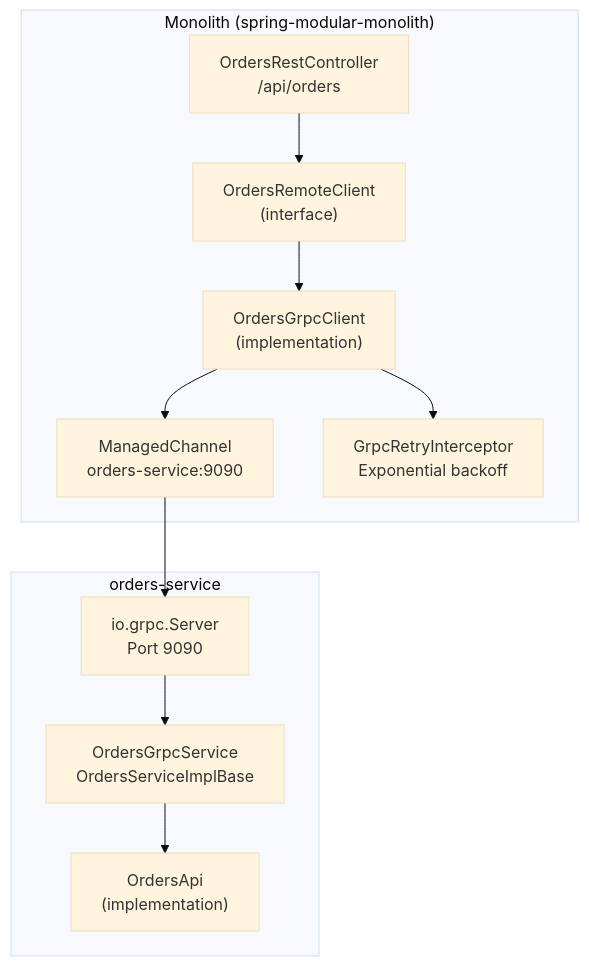
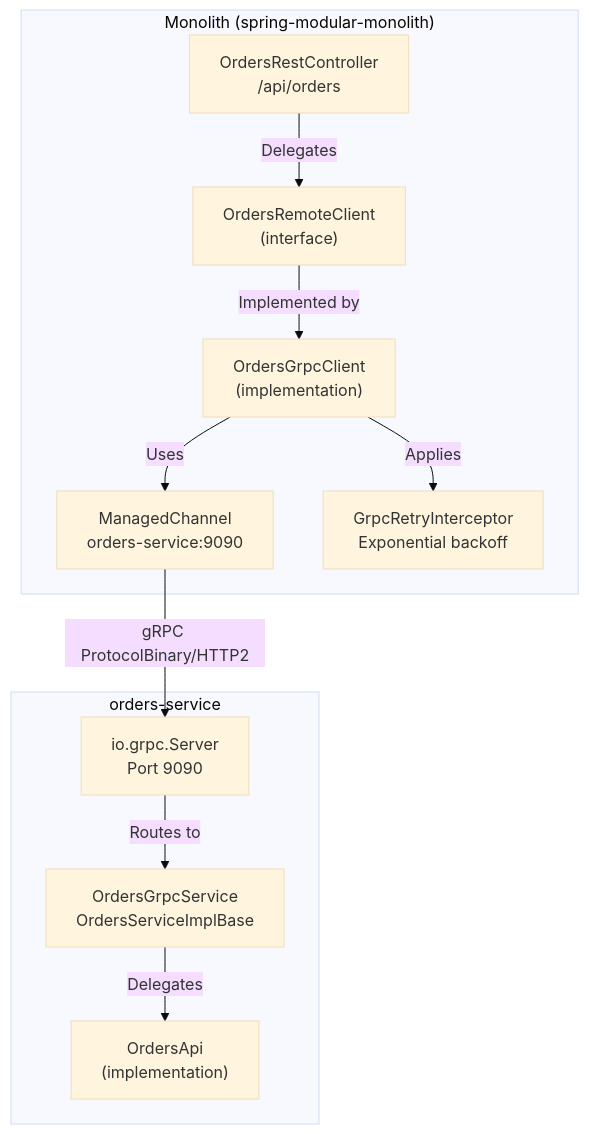
Before and after one commit to philipz/spring-modular-monolith: the second of 7 diagrams in docs/deepwiki/Orders-Microservice-Extraction.md, drawn with Mermaid (base theme). The commit also changed other lines of this file and 55 other files, not shown here.

````diff
--- a/docs/deepwiki/Orders-Microservice-Extraction.md
+++ b/docs/deepwiki/Orders-Microservice-Extraction.md
@@ -135,34 +135,34 @@
 ```mermaid
 flowchart TD
 
 RestCtrl["OrdersRestController<br>/api/orders"]
 RemoteClient["OrdersRemoteClient<br>(interface)"]
 GrpcClient["OrdersGrpcClient<br>(implementation)"]
 ManagedChan["ManagedChannel<br>orders-service:9090"]
 RetryInterceptor["GrpcRetryInterceptor<br>Exponential backoff"]
 GrpcServer["io.grpc.Server<br>Port 9090"]
 GrpcService["OrdersGrpcService<br>OrdersServiceImplBase"]
 OrdersApiImpl["OrdersApi<br>(implementation)"]
 
-ManagedChan --> GrpcServer
+ManagedChan -->|"gRPC ProtocolBinary/HTTP2"| GrpcServer
 
 subgraph orders-service ["orders-service"]
     GrpcServer
     GrpcService
     OrdersApiImpl
-    GrpcServer --> GrpcService
-    GrpcService --> OrdersApiImpl
+    GrpcServer -->|"Routes to"| GrpcService
+    GrpcService -->|"Delegates"| OrdersApiImpl
 end
 
 subgraph subGraph0 ["Monolith (spring-modular-monolith)"]
     RestCtrl
     RemoteClient
     GrpcClient
     ManagedChan
     RetryInterceptor
-    RestCtrl --> RemoteClient
-    RemoteClient --> GrpcClient
-    GrpcClient --> ManagedChan
-    GrpcClient --> RetryInterceptor
+    RestCtrl -->|"Delegates"| RemoteClient
+    RemoteClient -->|"Implemented by"| GrpcClient
+    GrpcClient -->|"Uses"| ManagedChan
+    GrpcClient -->|"Applies"| RetryInterceptor
 end
 ```
````
